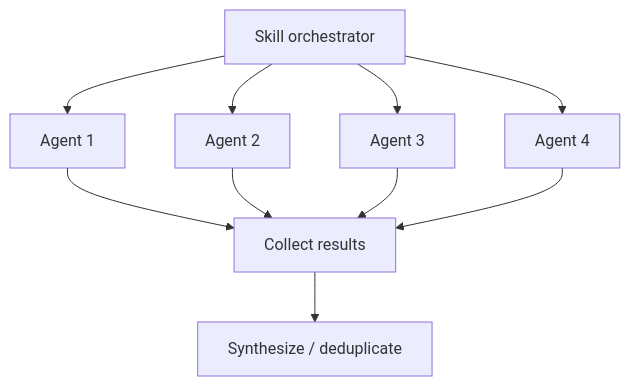
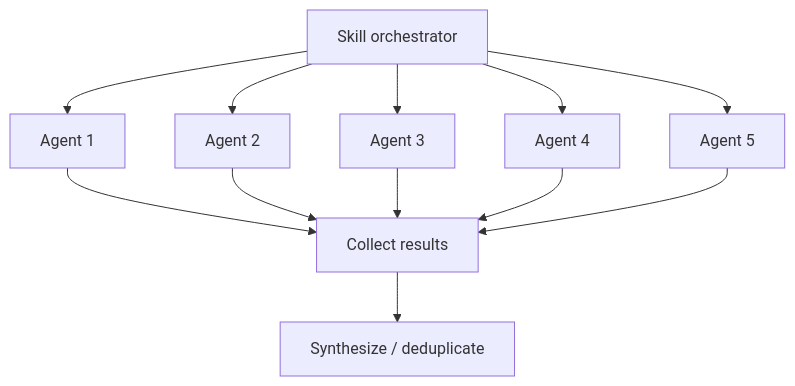
One commit to zhupanov/claudin changed the diagram in docs/agents.md. Above: the diagram before and after it, drawn with Mermaid. The commit also changed other lines of this file and 22 other files, not shown here.

````diff
--- a/docs/agents.md
+++ b/docs/agents.md
@@ -17,12 +17,14 @@
 ```mermaid
 flowchart TD
     SKILL[Skill orchestrator] --> A1[Agent 1]
     SKILL --> A2[Agent 2]
     SKILL --> A3[Agent 3]
     SKILL --> A4[Agent 4]
+    SKILL --> A5[Agent 5]
     A1 --> COLLECT[Collect results]
     A2 --> COLLECT
     A3 --> COLLECT
     A4 --> COLLECT
+    A5 --> COLLECT
     COLLECT --> SYNTHESIZE[Synthesize / deduplicate]
 ```
````
